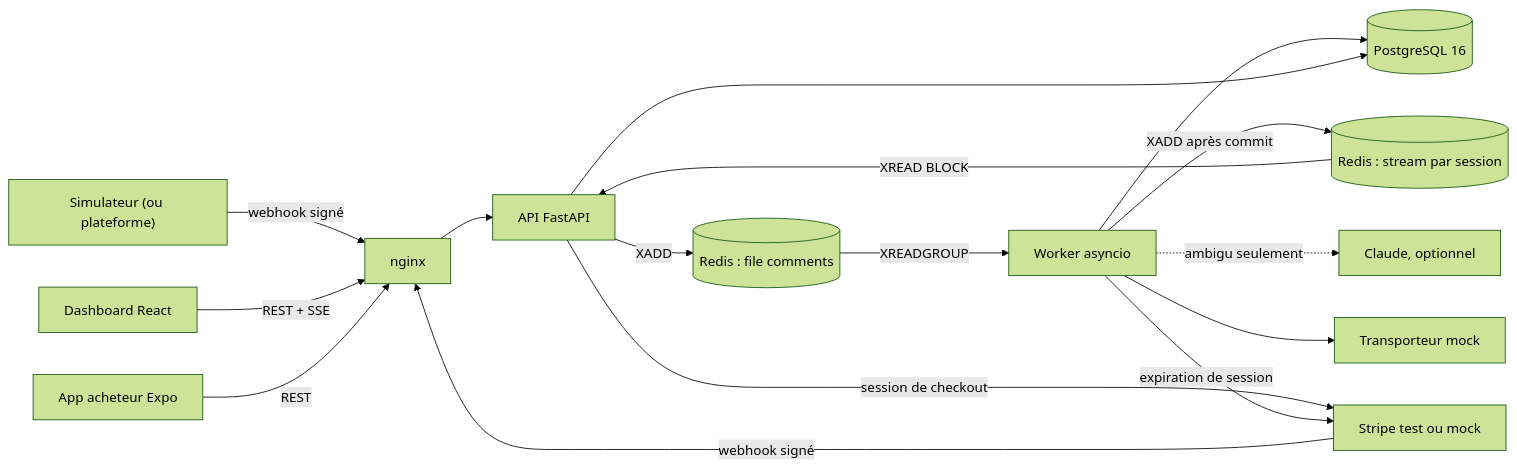
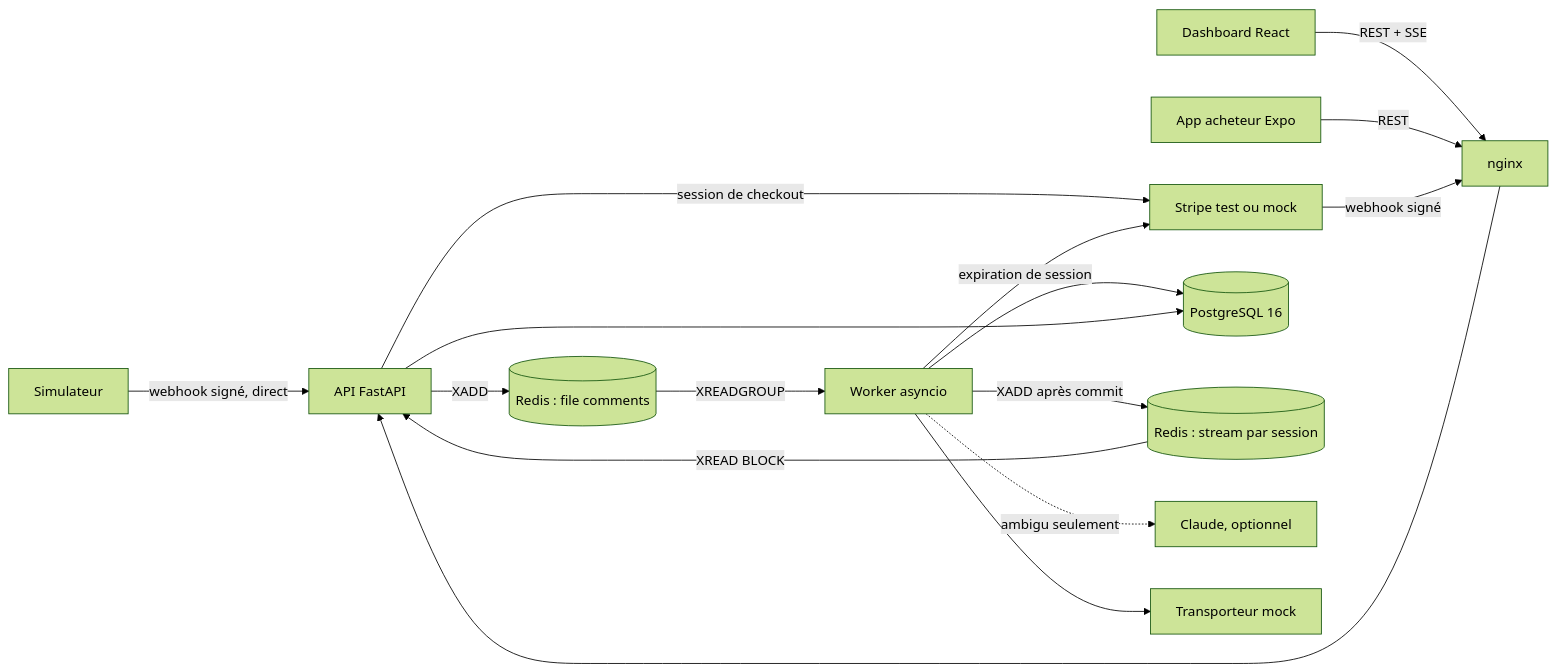
The diagram in docs/INTERVIEW_NOTES.md (patrickz24/livecart), drawn with Mermaid (forest theme) before and after one commit. The commit also changed other lines of this file, not shown here.

````diff
--- a/docs/INTERVIEW_NOTES.md
+++ b/docs/INTERVIEW_NOTES.md
@@ -54,18 +54,18 @@
 ```mermaid
 flowchart LR
-  SIM["Simulateur (ou plateforme)"] -->|"webhook signé"| NGX["nginx"]
-  WEB["Dashboard React"] -->|"REST + SSE"| NGX
+  SIM["Simulateur"] -->|"webhook signé, direct"| API
+  WEB["Dashboard React"] -->|"REST + SSE"| NGX["nginx"]
   MOB["App acheteur Expo"] -->|"REST"| NGX
   STRIPE["Stripe test ou mock"] -->|"webhook signé"| NGX
   NGX --> API["API FastAPI"]
   API -->|"XADD"| Q[("Redis : file comments")]
   Q -->|"XREADGROUP"| W["Worker asyncio"]
   W --> PG[("PostgreSQL 16")]
   API --> PG
   W -->|"XADD après commit"| EV[("Redis : stream par session")]
   EV -->|"XREAD BLOCK"| API
   W -.->|"ambigu seulement"| LLM["Claude, optionnel"]
   W --> CAR["Transporteur mock"]
   API -->|"session de checkout"| STRIPE
   W -->|"expiration de session"| STRIPE
 ```
````
